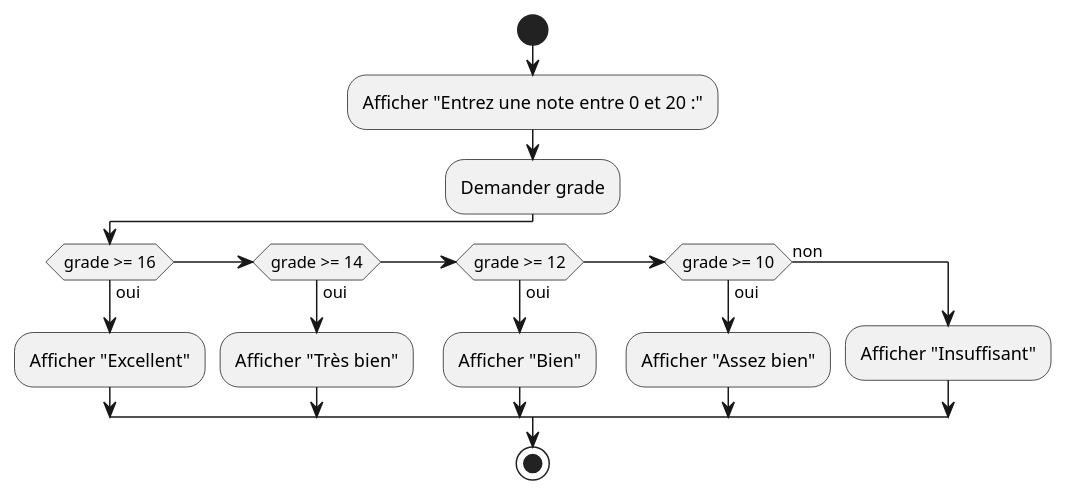
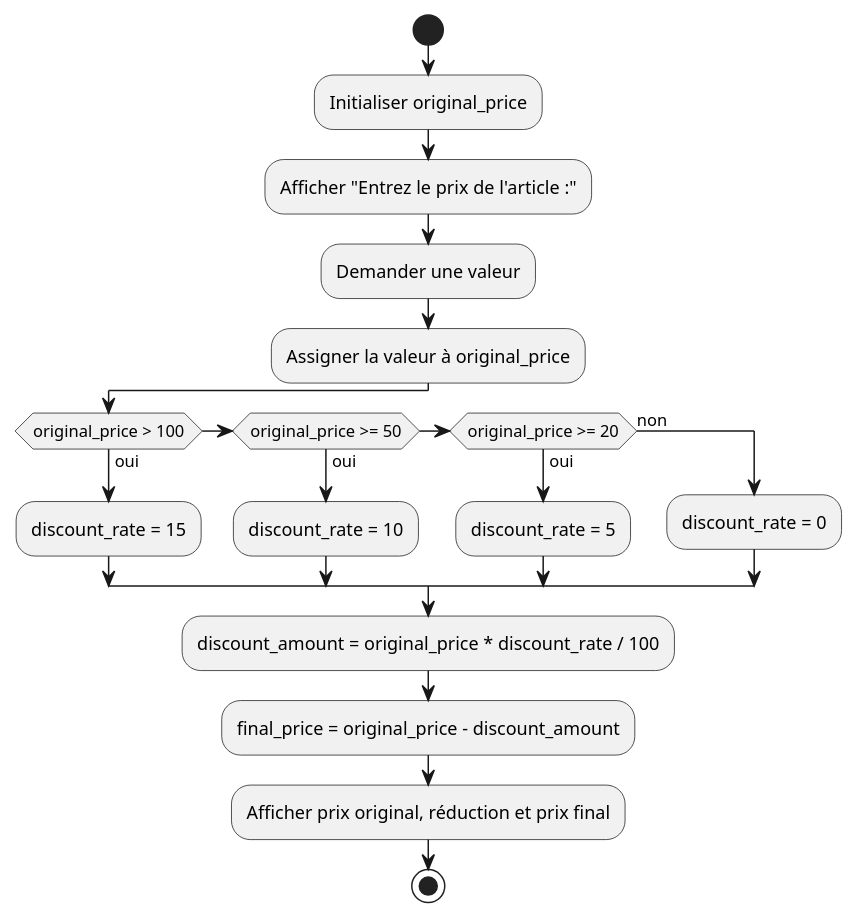
One commit to HEIG-VD-Prog-Course/HEIG-VD-ProgIM-Course changed the sixth of 10 diagrams in 02.01-sequence-selection-iteration/02-exercices/README.md. Above: the diagram before and after it, drawn with PlantUML. The commit also changed other lines of this file, not shown here.

````diff
--- a/02.01-sequence-selection-iteration/02-exercices/README.md
+++ b/02.01-sequence-selection-iteration/02-exercices/README.md
@@ -637,19 +655,22 @@
 ```plantuml
 @startuml
 start
-:Afficher "Entrez une note entre 0 et 20 :";
-:Demander grade;
-if (grade >= 16) then (oui)
-    :Afficher "Excellent";
-elseif (grade >= 14) then (oui)
-    :Afficher "Très bien";
-elseif (grade >= 12) then (oui)
-    :Afficher "Bien";
-elseif (grade >= 10) then (oui)
-    :Afficher "Assez bien";
+:Initialiser original_price;
+:Afficher "Entrez le prix de l'article :";
+:Demander une valeur;
+:Assigner la valeur à original_price;
+if (original_price > 100) then (oui)
+    :discount_rate = 15;
+elseif (original_price >= 50) then (oui)
+    :discount_rate = 10;
+elseif (original_price >= 20) then (oui)
+    :discount_rate = 5;
 else (non)
-    :Afficher "Insuffisant";
+    :discount_rate = 0;
 endif
+:discount_amount = original_price * discount_rate / 100;
+:final_price = original_price - discount_amount;
+:Afficher prix original, réduction et prix final;
 stop
 @enduml
 ```
````
